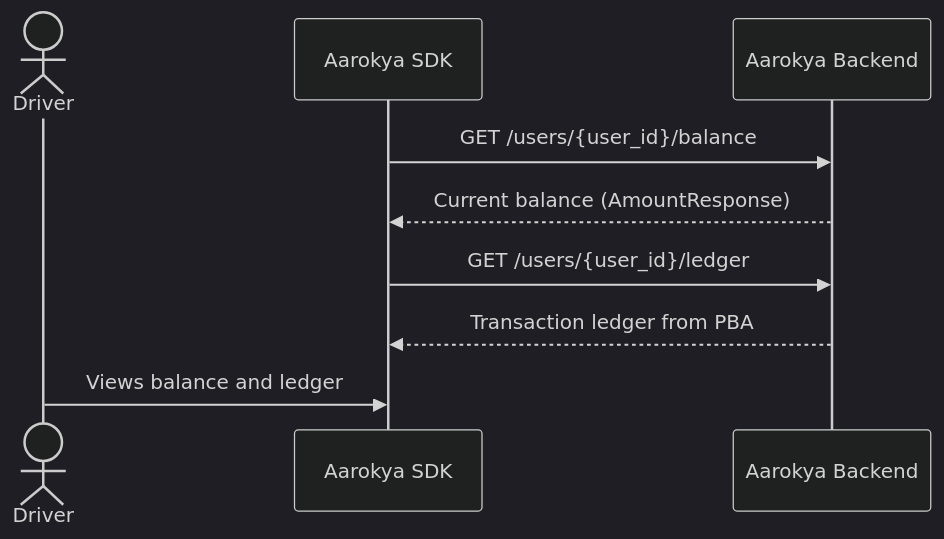
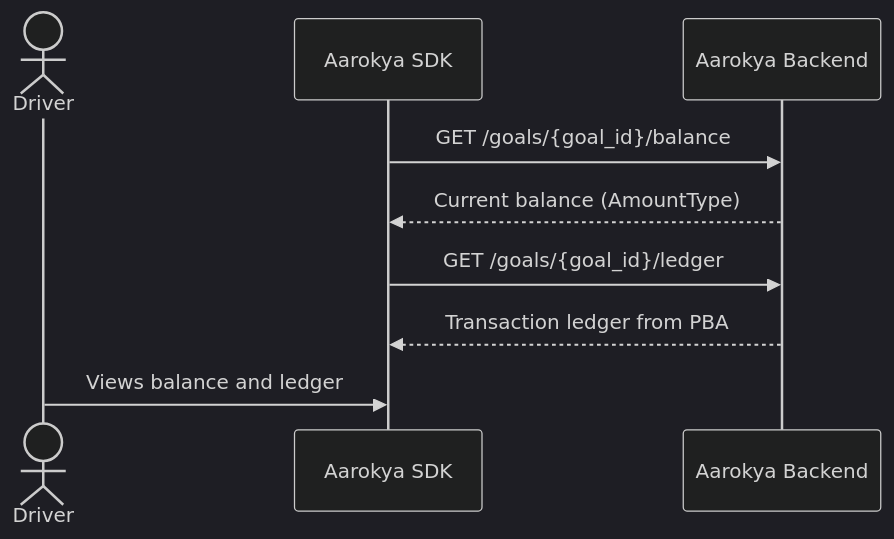
Before and after one commit to anu19981/aarokya-backend: the ninth of 11 diagrams in api-reference/architecture/screen-flows.mdx, drawn with Mermaid (dark theme). The commit also changed other lines of this file and 90 other files, not shown here.

Commit message:
sync: update api-reference from aarokya-agentic-app

````diff
--- a/api-reference/architecture/screen-flows.mdx
+++ b/api-reference/architecture/screen-flows.mdx
@@ -294,12 +291,12 @@
 ```mermaid
 sequenceDiagram
     actor Driver
     participant App as Aarokya SDK
     participant API as Aarokya Backend
 
-    App->>API: GET /users/{user_id}/balance
-    API-->>App: Current balance (AmountResponse)
-    App->>API: GET /users/{user_id}/ledger
+    App->>API: GET /goals/{goal_id}/balance
+    API-->>App: Current balance (AmountType)
+    App->>API: GET /goals/{goal_id}/ledger
     API-->>App: Transaction ledger from PBA
     Driver->>App: Views balance and ledger
 ```
````
